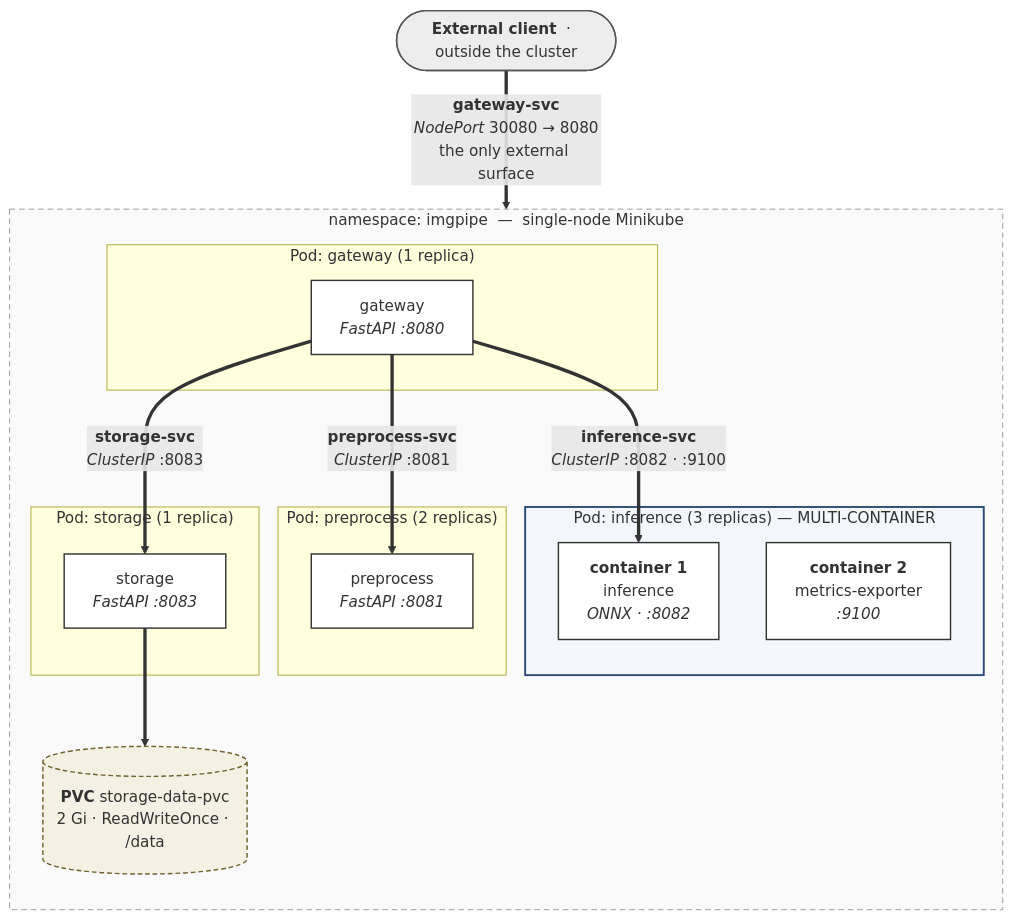
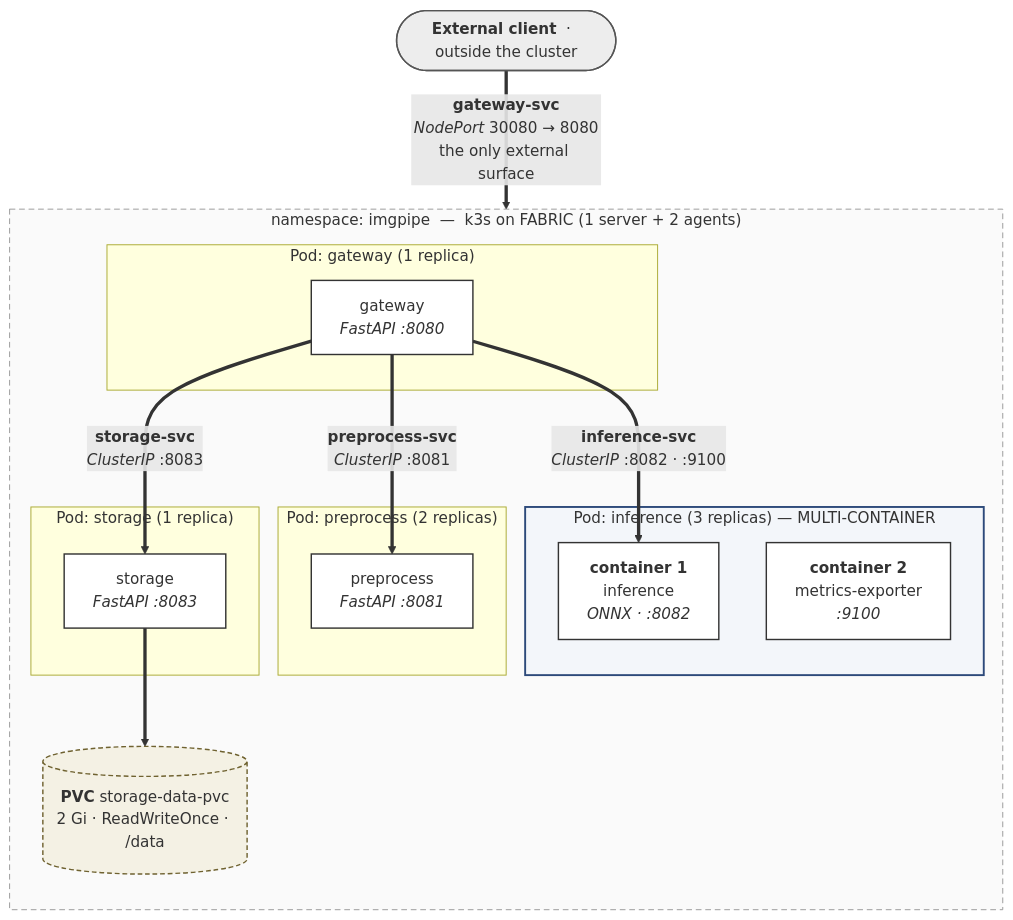
Before and after one commit to angeudybp/csc478-project: the diagram in docs/diagrams/k8s-topology.mmd, drawn with Mermaid. The commit also changed 6 other files, not shown here.

```diff
--- a/docs/diagrams/k8s-topology.mmd
+++ b/docs/diagrams/k8s-topology.mmd
@@ -1,40 +1,40 @@
 flowchart TB
     CL(["<b>External client</b> &nbsp;·&nbsp; outside the cluster"])
 
-    subgraph NS["namespace: imgpipe &nbsp;—&nbsp; single-node Minikube"]
+    subgraph NS["namespace: imgpipe &nbsp;—&nbsp; k3s on FABRIC (1 server + 2 agents)"]
         direction TB
 
         subgraph PGW["Pod: gateway (1 replica)"]
             CGW["gateway<br/><i>FastAPI :8080</i>"]
         end
 
         subgraph PPP["Pod: preprocess (2 replicas)"]
             CPP["preprocess<br/><i>FastAPI :8081</i>"]
         end
 
         subgraph PINF["Pod: inference (3 replicas) — MULTI-CONTAINER"]
             CINF["<b>container 1</b><br/>inference<br/><i>ONNX · :8082</i>"]
             CSD["<b>container 2</b><br/>metrics-exporter<br/><i>:9100</i>"]
         end
 
         subgraph PST["Pod: storage (1 replica)"]
             CST["storage<br/><i>FastAPI :8083</i>"]
         end
 
         PVC[("<b>PVC</b> storage-data-pvc<br/>2 Gi · ReadWriteOnce · /data")]
     end
 
     CL ==>|"<b>gateway-svc</b><br/><i>NodePort</i> 30080 → 8080<br/>the only external surface"| CGW
     CGW ==>|"<b>preprocess-svc</b><br/><i>ClusterIP</i> :8081"| CPP
     CGW ==>|"<b>inference-svc</b><br/><i>ClusterIP</i> :8082 · :9100"| CINF
     CGW ==>|"<b>storage-svc</b><br/><i>ClusterIP</i> :8083"| CST
     CST ==> PVC
 
     classDef ext fill:#ededed,stroke:#555555,stroke-width:1.5px
     classDef ctr fill:#ffffff,stroke:#333333,stroke-width:1.5px
     classDef vol fill:#f4f1e4,stroke:#6f6230,stroke-width:1.5px,stroke-dasharray:5 3
     class CL ext
     class CGW,CPP,CINF,CSD,CST ctr
     class PVC vol
     style NS fill:#fafafa,stroke:#999999,stroke-dasharray:6 4
     style PINF fill:#f3f6fa,stroke:#2d4a7a,stroke-width:2px
```
